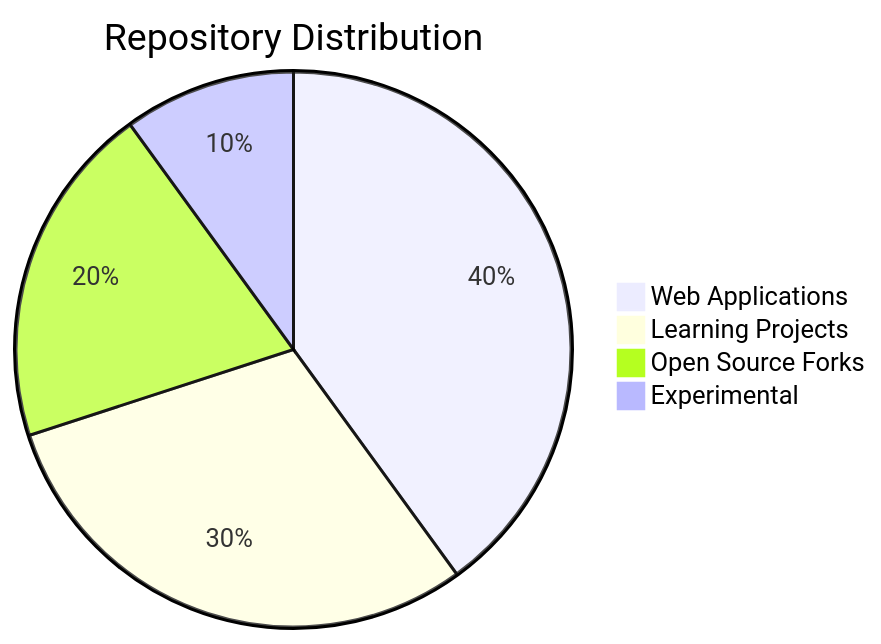
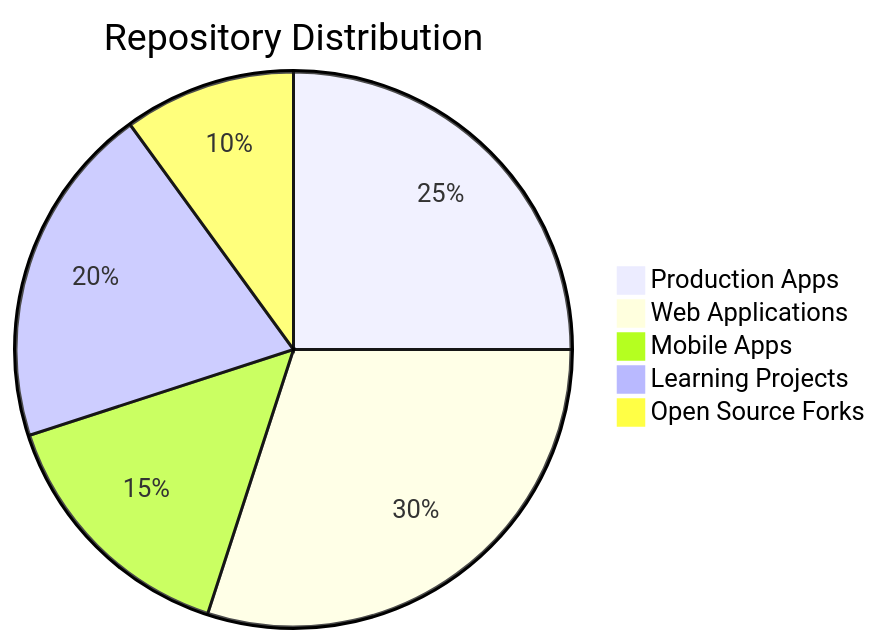
Before and after one commit to Namidu99/Namidu99: the third of 5 diagrams in README.md, drawn with Mermaid. The commit also changed other lines of this file, not shown here.

````diff
--- a/README.md
+++ b/README.md
@@ -131,7 +179,8 @@
 ```mermaid
 pie title Repository Distribution
-    "Web Applications" : 40
-    "Learning Projects" : 30
-    "Open Source Forks" : 20
-    "Experimental" : 10
+    "Production Apps" : 25
+    "Web Applications" : 30
+    "Mobile Apps" : 15
+    "Learning Projects" : 20
+    "Open Source Forks" : 10
 ```
````
